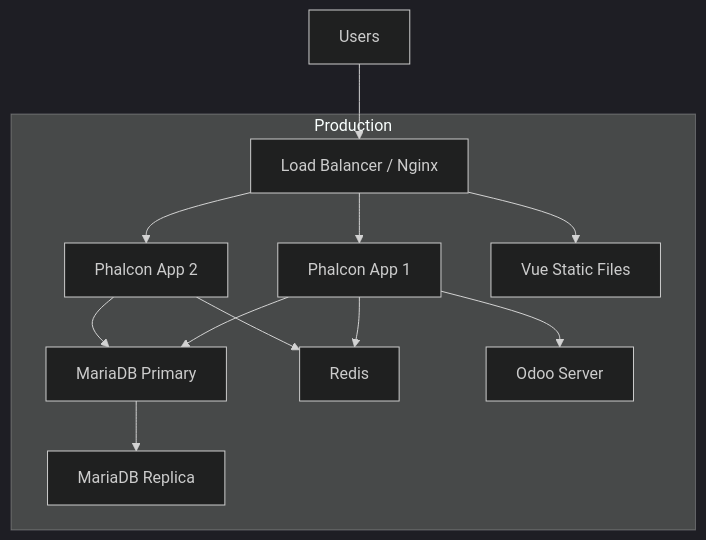
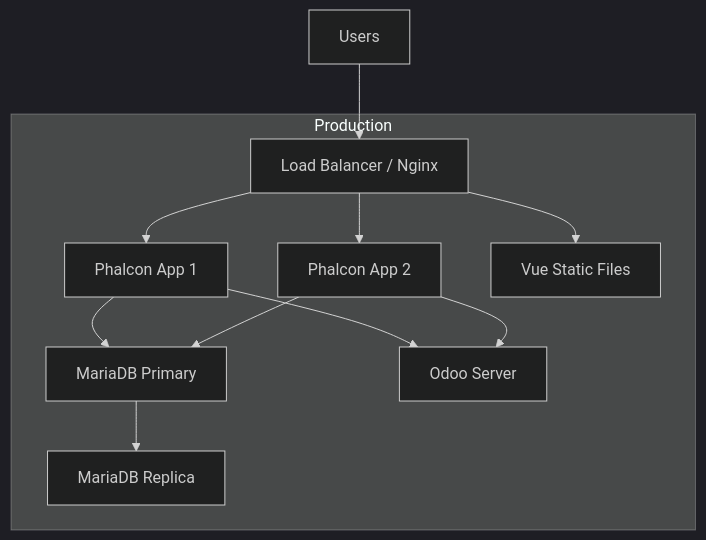
One commit to Andre1qaz/Zi.Care_pos_app changed the sixth of 8 diagrams in zicare/docs/01-system-architecture.md. Above: the diagram before and after it, drawn with Mermaid (dark theme). The commit also changed other lines of this file and 77 other files, not shown here.

````diff
--- a/zicare/docs/01-system-architecture.md
+++ b/zicare/docs/01-system-architecture.md
@@ -241,24 +233,22 @@
 ```mermaid
 flowchart TB
     subgraph Production
         LB["Load Balancer / Nginx"]
         App1["Phalcon App 1"]
         App2["Phalcon App 2"]
         Vue["Vue Static Files"]
         DB["MariaDB Primary"]
         DBR["MariaDB Replica"]
-        RedisP["Redis"]
         OdooS["Odoo Server"]
     end
 
     Users["Users"] --> LB
     LB --> Vue
     LB --> App1
     LB --> App2
     App1 --> DB
     App2 --> DB
     DB --> DBR
-    App1 --> RedisP
-    App2 --> RedisP
     App1 --> OdooS
+    App2 --> OdooS
 ```
````
